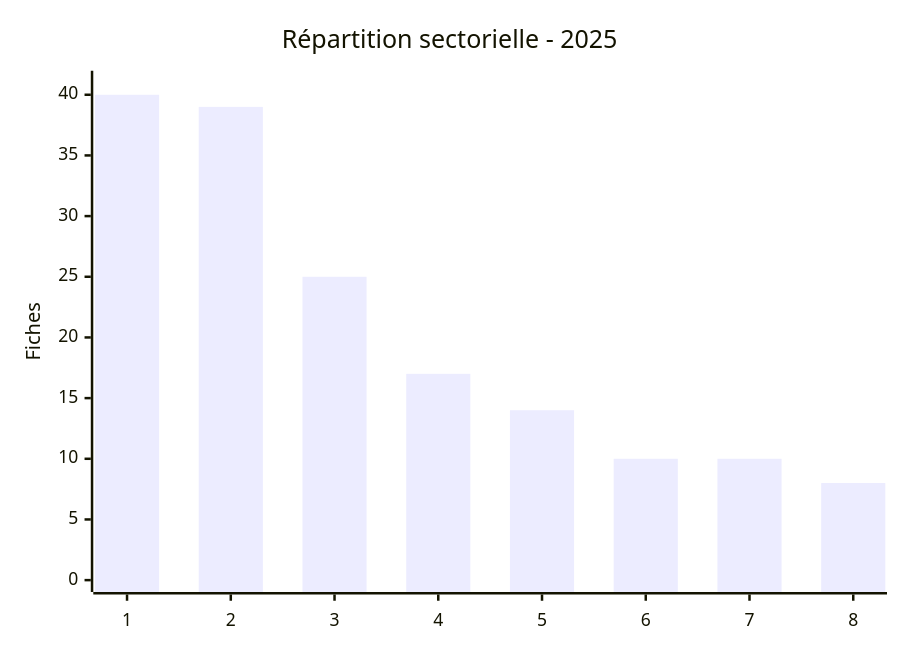
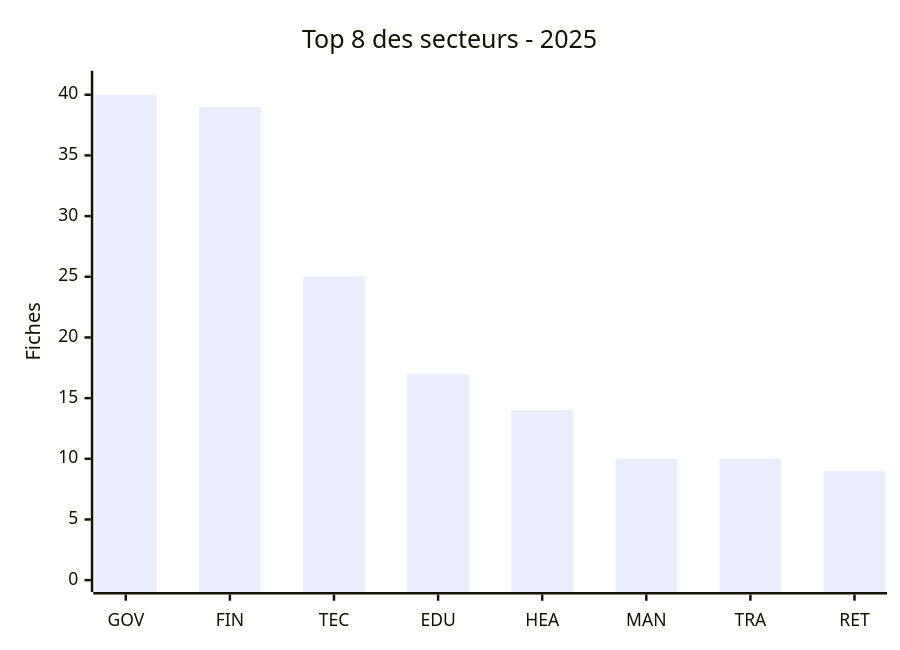
Before and after one commit to Hatchepsoute/AFRINTEL: the fourth of 7 diagrams in CyberAttackAfrica/2025/README_FR.md, drawn with Mermaid. The commit also changed other lines of this file and 112 other files, not shown here.

````diff
--- a/CyberAttackAfrica/2025/README_FR.md
+++ b/CyberAttackAfrica/2025/README_FR.md
@@ -163,7 +236,7 @@
 ```mermaid
 xychart-beta
-    title "Répartition sectorielle - 2025"
-    x-axis ["1","2","3","4","5","6","7","8"]
+    title "Top 8 des secteurs - 2025"
+    x-axis ["GOV","FIN","TEC","EDU","HEA","MAN","TRA","RET"]
     y-axis "Fiches" 0 --> 41
-    bar [40,39,25,17,14,10,10,8]
+    bar [40,39,25,17,14,10,10,9]
 ```
````
